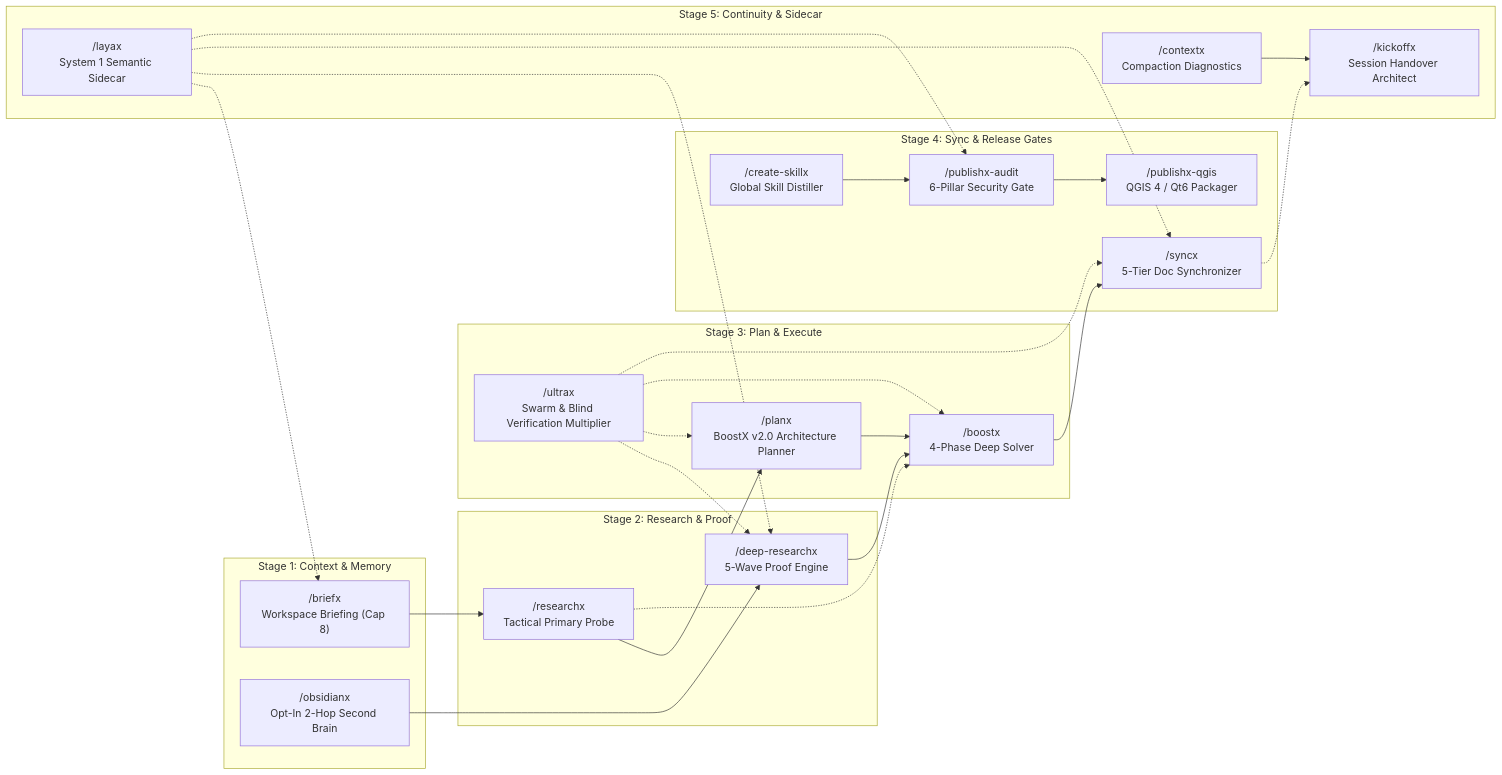
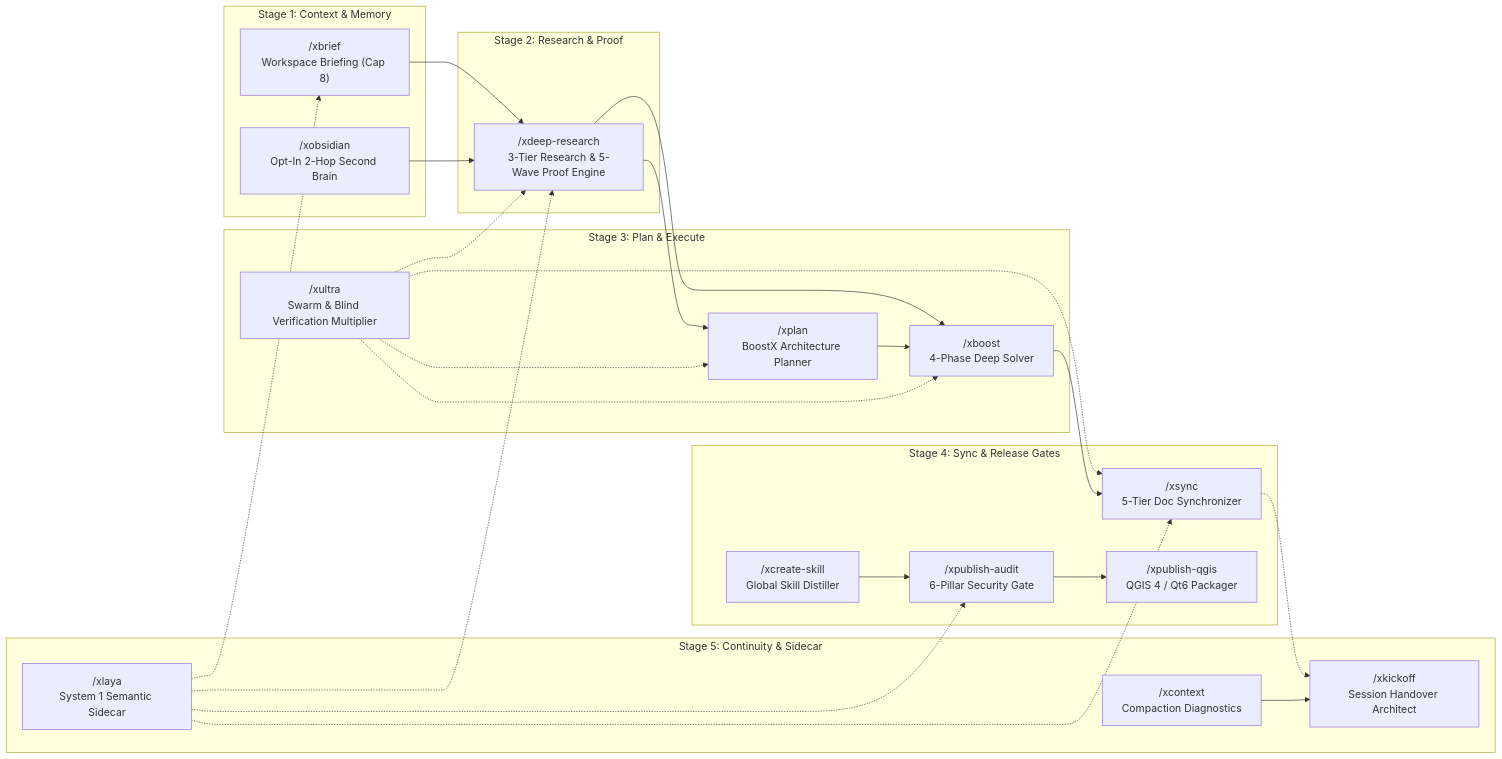
Before and after one commit to iscvlab/boostx: the first of 2 diagrams in README.md, drawn with Mermaid. The commit also changed other lines of this file and 58 other files, not shown here.

Commit message:
feat(v3.2.0): migrate 13-skill suite to /x* prefix & unify /xdeep-research

````diff
--- a/README.md
+++ b/README.md
@@ -28,47 +28,45 @@
 ```mermaid
 graph LR
     subgraph S1["Stage 1: Context & Memory"]
-        BX["/briefx<br>Workspace Briefing (Cap 8)"]
-        OX["/obsidianx<br>Opt-In 2-Hop Second Brain"]
+        BX["/xbrief<br>Workspace Briefing (Cap 8)"]
+        OX["/xobsidian<br>Opt-In 2-Hop Second Brain"]
     end
     subgraph S2["Stage 2: Research & Proof"]
-        RX["/researchx<br>Tactical Primary Probe"]
-        DRX["/deep-researchx<br>5-Wave Proof Engine"]
+        DRX["/xdeep-research<br>3-Tier Research & 5-Wave Proof Engine"]
     end
     subgraph S3["Stage 3: Plan & Execute"]
-        PLX["/planx<br>BoostX v2.0 Architecture Planner"]
-        BSX["/boostx<br>4-Phase Deep Solver"]
-        ULX["/ultrax<br>Swarm & Blind Verification Multiplier"]
+        PLX["/xplan<br>BoostX Architecture Planner"]
+        BSX["/xboost<br>4-Phase Deep Solver"]
+        ULX["/xultra<br>Swarm & Blind Verification Multiplier"]
     end
     subgraph S4["Stage 4: Sync & Release Gates"]
-        SX["/syncx<br>5-Tier Doc Synchronizer"]
-        CSX["/create-skillx<br>Global Skill Distiller"]
-        PAX["/publishx-audit<br>6-Pillar Security Gate"]
-        PQX["/publishx-qgis<br>QGIS 4 / Qt6 Packager"]
+        SX["/xsync<br>5-Tier Doc Synchronizer"]
+        CSX["/xcreate-skill<br>Global Skill Distiller"]
+        PAX["/xpublish-audit<br>6-Pillar Security Gate"]
+        PQX["/xpublish-qgis<br>QGIS 4 / Qt6 Packager"]
     end
     subgraph S5["Stage 5: Continuity & Sidecar"]
-        CTX["/contextx<br>Compaction Diagnostics"]
-        KOX["/kickoffx<br>Session Handover Architect"]
-        LX["/layax<br>System 1 Semantic Sidecar"]
+        CTX["/xcontext<br>Compaction Diagnostics"]
+        KOX["/xkickoff<br>Session Handover Architect"]
+        LX["/xlaya<br>System 1 Semantic Sidecar"]
     end
 
-    BX --> RX
+    BX --> DRX
     OX --> DRX
-    RX --> PLX
-    RX -.-> BSX
+    DRX --> PLX
     DRX --> BSX
     PLX --> BSX
     ULX -.-> DRX
     ULX -.-> PLX
     ULX -.-> BSX
     ULX -.-> SX
     BSX --> SX
     CSX --> PAX
     PAX --> PQX
     SX -.-> KOX
     CTX --> KOX
     LX -.-> BX
     LX -.-> DRX
     LX -.-> SX
     LX -.-> PAX
 ```
````
